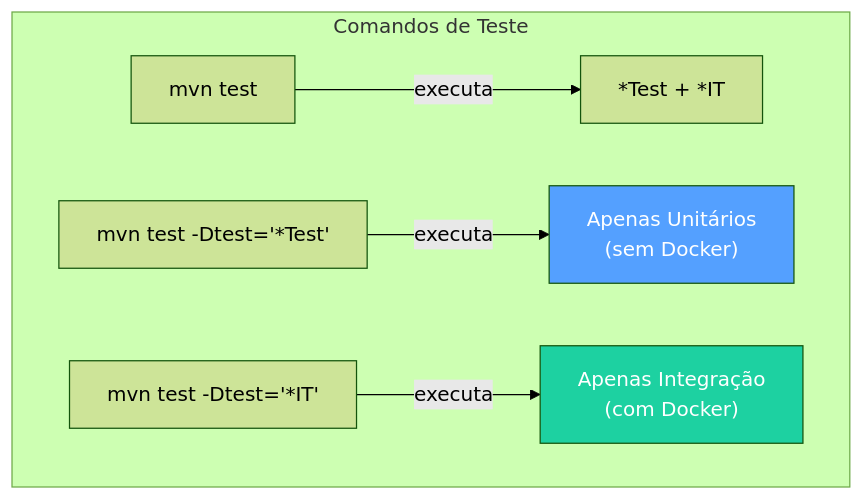
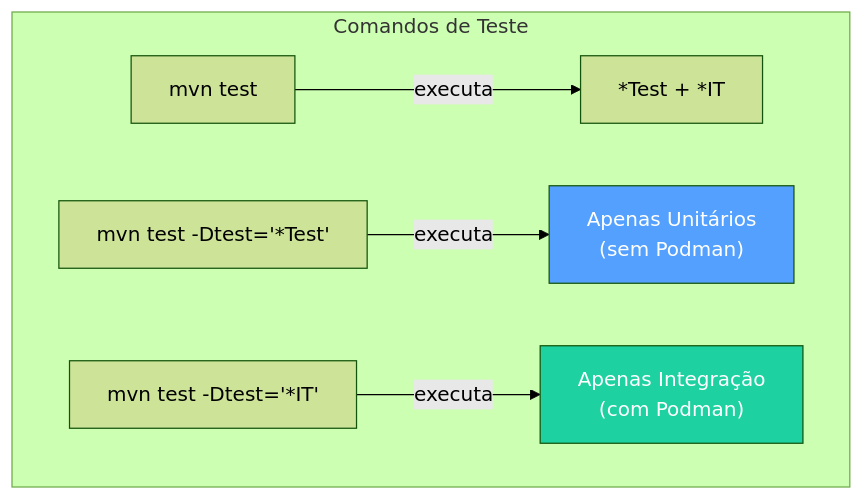
One commit to deusemarjunior/trein-java-intermed changed the seventh of 14 diagrams in dia-04/slide-09.md. Above: the diagram before and after it, drawn with Mermaid (forest theme). The commit also changed other lines of this file and 100 other files, not shown here.

Commit message:
removendo docker adicionando podman

````diff
--- a/dia-04/slide-09.md
+++ b/dia-04/slide-09.md
@@ -365,11 +365,11 @@
 ```mermaid
 flowchart TD
     subgraph "Comandos de Teste"
         A["mvn test"] -->|"executa"| B["*Test + *IT"]
-        C["mvn test -Dtest='*Test'"] -->|"executa"| D["Apenas Unitários<br/>(sem Docker)"]
-        E["mvn test -Dtest='*IT'"] -->|"executa"| F["Apenas Integração<br/>(com Docker)"]
+        C["mvn test -Dtest='*Test'"] -->|"executa"| D["Apenas Unitários<br/>(sem Podman)"]
+        E["mvn test -Dtest='*IT'"] -->|"executa"| F["Apenas Integração<br/>(com Podman)"]
     end
 
     style D fill:#54a0ff,color:#fff
     style F fill:#1dd1a1,color:#fff
 ```
````
